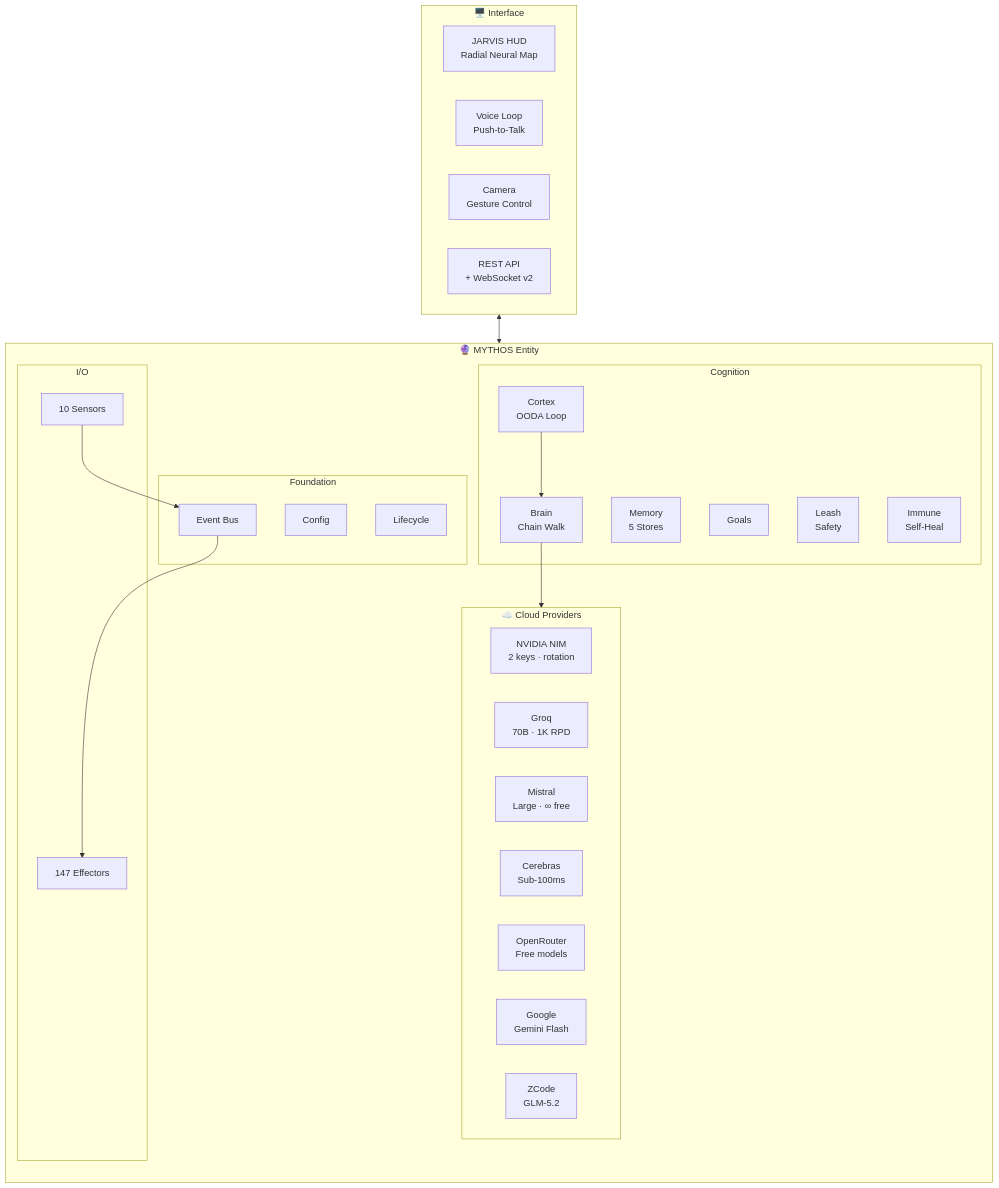
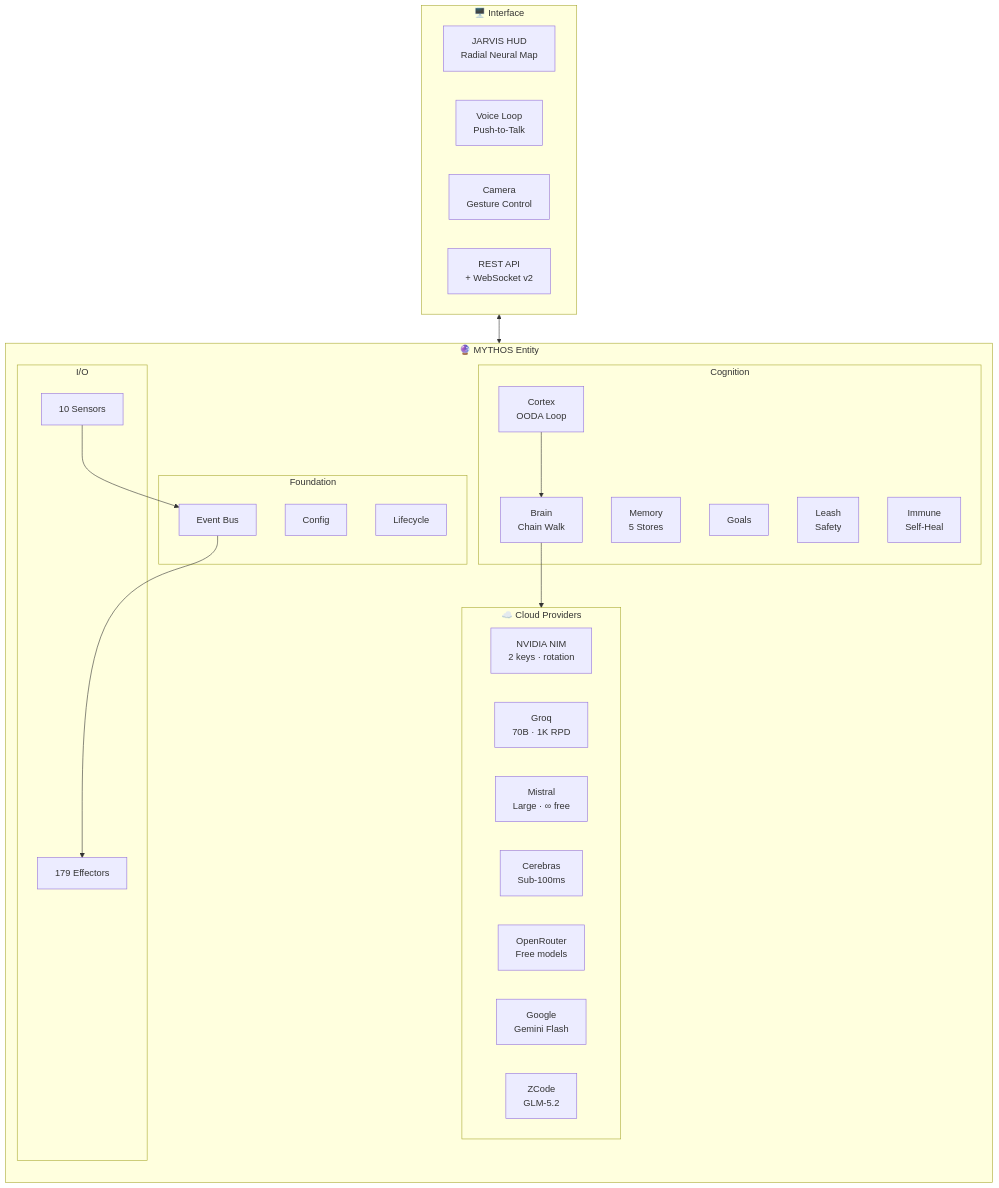
The first of 11 diagrams in README.md (HailLucifer666/Agent_OS), drawn with Mermaid before and after one commit. The commit also changed other lines of this file and 4 other files, not shown here.

````diff
--- a/README.md
+++ b/README.md
@@ -48,45 +48,45 @@
 ```mermaid
 flowchart TB
     subgraph Cloud["☁️ Cloud Providers"]
         direction LR
         NIM["NVIDIA NIM<br/>2 keys · rotation"]
         GQ["Groq<br/>70B · 1K RPD"]
         MI["Mistral<br/>Large · ∞ free"]
         CE["Cerebras<br/>Sub-100ms"]
         OR["OpenRouter<br/>Free models"]
         GOOG["Google<br/>Gemini Flash"]
         ZC["ZCode<br/>GLM-5.2"]
     end
 
     subgraph MYTHOS["🔮 MYTHOS Entity"]
         direction TB
         subgraph Foundation["Foundation"]
             CFG["Config"]
             BUS["Event Bus"]
             LIFE["Lifecycle"]
         end
         subgraph Cognition["Cognition"]
             CORT["Cortex<br/>OODA Loop"]
             BRN["Brain<br/>Chain Walk"]
             MEM["Memory<br/>5 Stores"]
             GOAL["Goals"]
             LEASH["Leash<br/>Safety"]
             IMM["Immune<br/>Self-Heal"]
         end
         subgraph IOLayer["I/O"]
             SENS["10 Sensors"]
-            EFF["147 Effectors"]
+            EFF["179 Effectors"]
         end
         CORT --> BRN --> Cloud
         SENS --> BUS --> EFF
     end
 
     subgraph Interface["🖥️ Interface"]
         HUD["JARVIS HUD<br/>Radial Neural Map"]
         VOICE["Voice Loop<br/>Push-to-Talk"]
         CAM["Camera<br/>Gesture Control"]
         API["REST API<br/>+ WebSocket v2"]
     end
 
     Interface <--> MYTHOS
 ```
````
